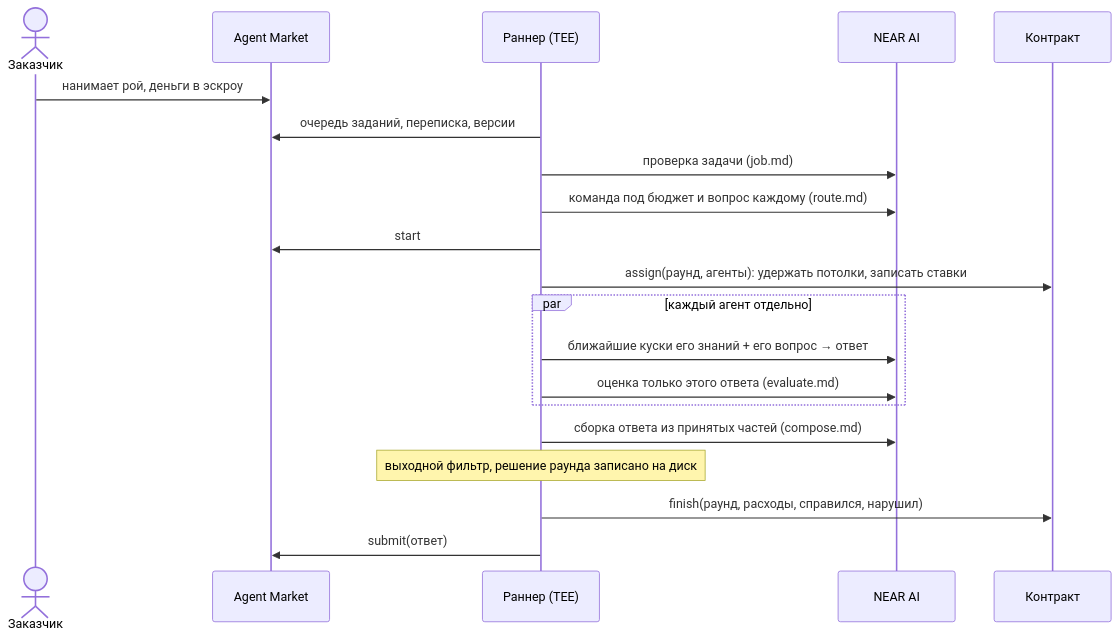
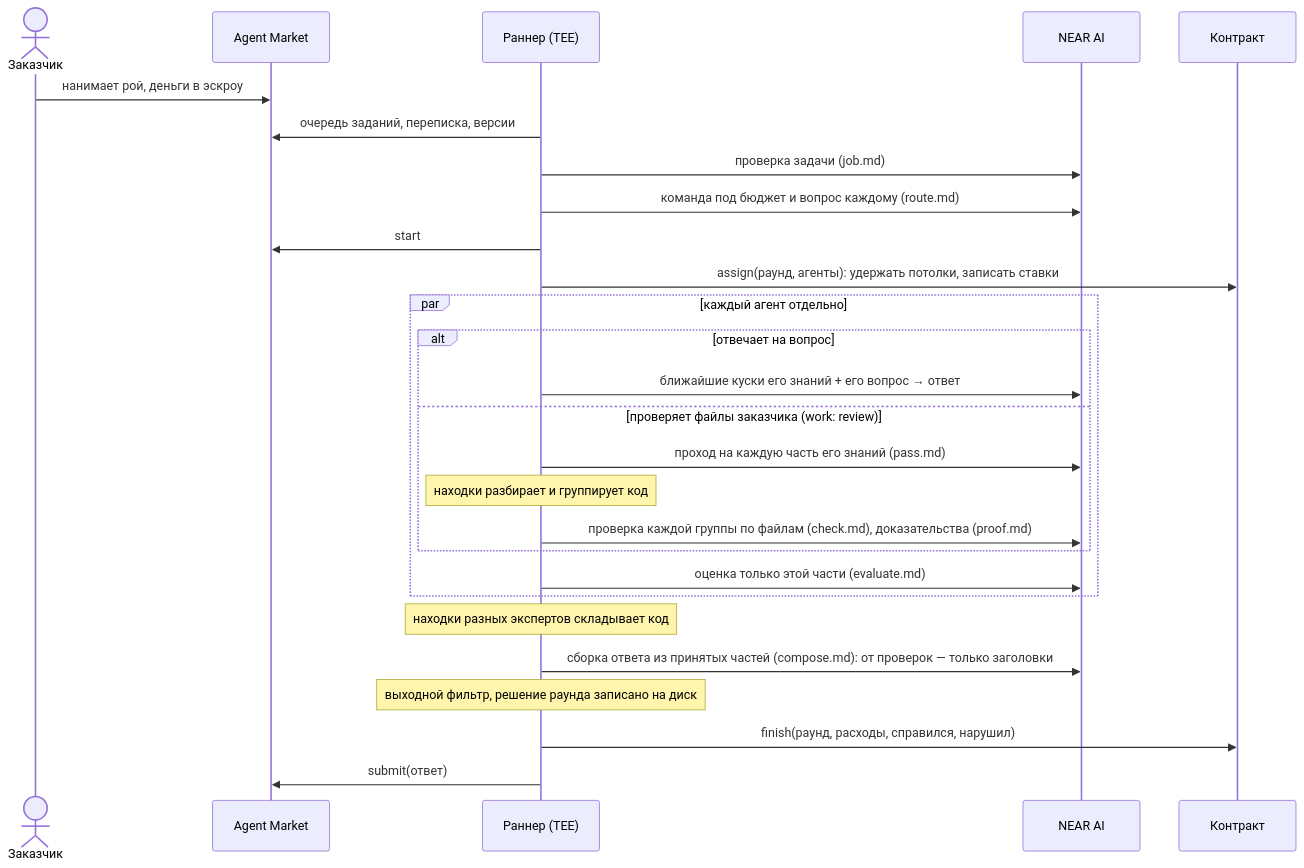
One commit to Sunnesoft/hive changed the second of 2 diagrams in docs/PROTOCOL.md. Above: the diagram before and after it, drawn with Mermaid. The commit also changed other lines of this file and 39 other files, not shown here.

````diff
--- a/docs/PROTOCOL.md
+++ b/docs/PROTOCOL.md
@@ -107,22 +107,29 @@
 ```mermaid
 sequenceDiagram
   actor K as Заказчик
   participant A as Agent Market
   participant R as Раннер (TEE)
   participant M as NEAR AI
   participant C as Контракт
   K->>A: нанимает рой, деньги в эскроу
   R->>A: очередь заданий, переписка, версии
   R->>M: проверка задачи (job.md)
   R->>M: команда под бюджет и вопрос каждому (route.md)
   R->>A: start
   R->>C: assign(раунд, агенты): удержать потолки, записать ставки
   par каждый агент отдельно
-    R->>M: ближайшие куски его знаний + его вопрос → ответ
-    R->>M: оценка только этого ответа (evaluate.md)
+    alt отвечает на вопрос
+      R->>M: ближайшие куски его знаний + его вопрос → ответ
+    else проверяет файлы заказчика (work: review)
+      R->>M: проход на каждую часть его знаний (pass.md)
+      Note over R: находки разбирает и группирует код
+      R->>M: проверка каждой группы по файлам (check.md), доказательства (proof.md)
+    end
+    R->>M: оценка только этой части (evaluate.md)
   end
-  R->>M: сборка ответа из принятых частей (compose.md)
+  Note over R: находки разных экспертов складывает код
+  R->>M: сборка ответа из принятых частей (compose.md): от проверок — только заголовки
   Note over R: выходной фильтр, решение раунда записано на диск
   R->>C: finish(раунд, расходы, справился, нарушил)
   R->>A: submit(ответ)
 ```
````
